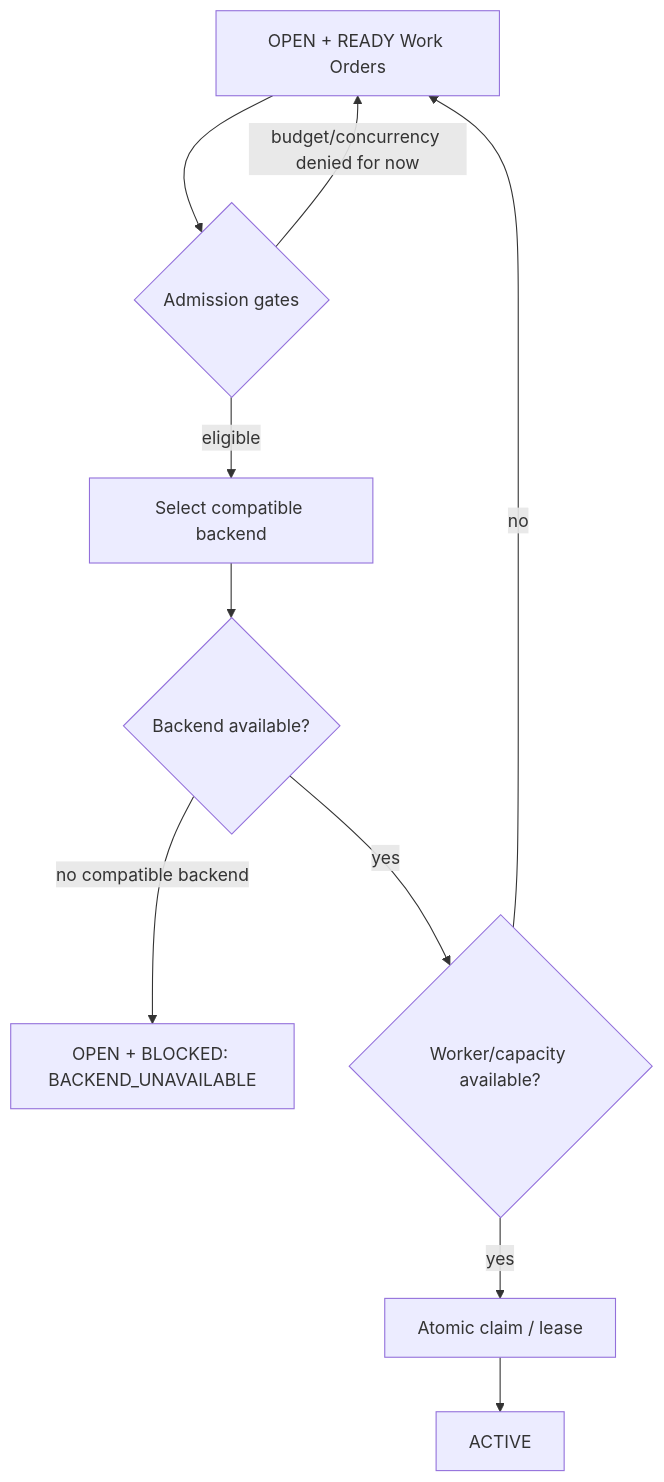
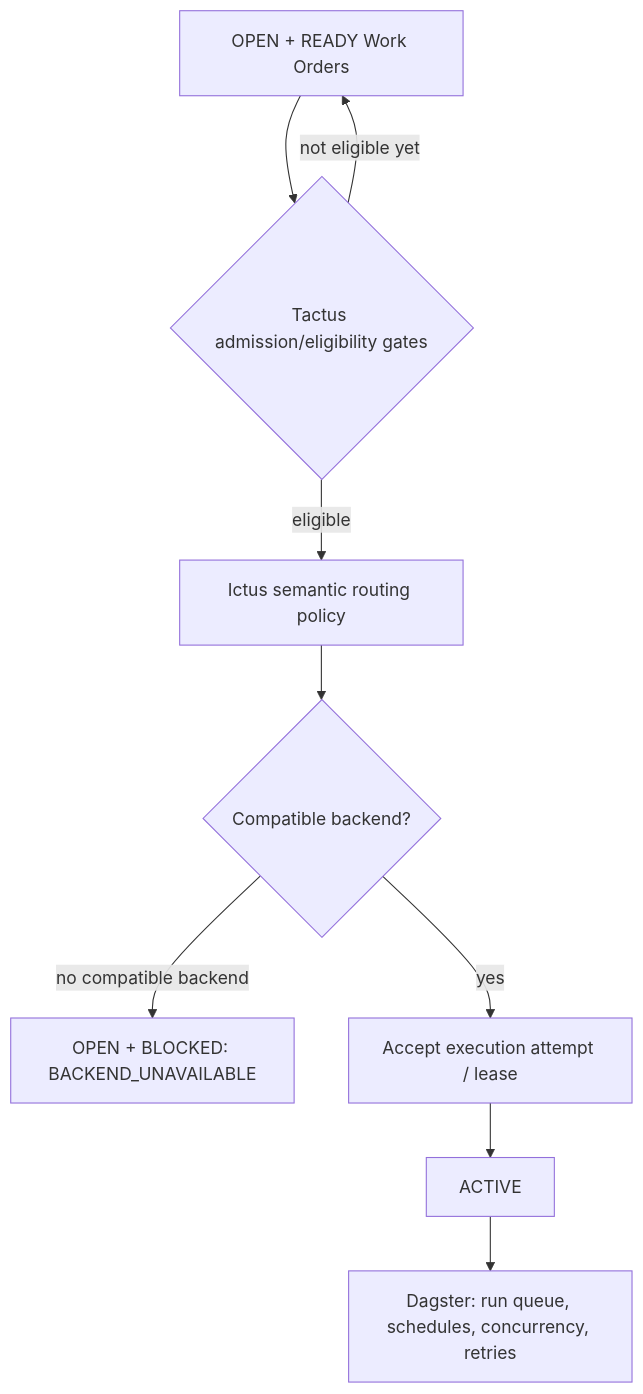
The first of 2 diagrams in docs/architecture/SCHEDULING_AND_BACKENDS.md (Walsamer/tactus), drawn with Mermaid before and after one commit. The commit also changed other lines of this file and 6 other files, not shown here.

Commit message:
Fleet: FIX-001 — Re-freeze Tactus / Ictus / Dagster ownership boundaries (TCT-WO-FIX-001-architecture-ownership-reset)

````diff
--- a/docs/architecture/SCHEDULING_AND_BACKENDS.md
+++ b/docs/architecture/SCHEDULING_AND_BACKENDS.md
@@ -17,12 +76,11 @@
 ```mermaid
 flowchart TD
-    READY[OPEN + READY Work Orders] --> GATES{Admission gates}
-    GATES -->|budget/concurrency denied for now| READY
-    GATES -->|eligible| SELECT[Select compatible backend]
-    SELECT --> BH{Backend available?}
+    READY[OPEN + READY Work Orders] --> GATES{Tactus admission/eligibility gates}
+    GATES -->|not eligible yet| READY
+    GATES -->|eligible| ROUTE[Ictus semantic routing policy]
+    ROUTE --> BH{Compatible backend?}
     BH -->|no compatible backend| BLOCKED[OPEN + BLOCKED: BACKEND_UNAVAILABLE]
-    BH -->|yes| WH{Worker/capacity available?}
-    WH -->|no| READY
-    WH -->|yes| CLAIM[Atomic claim / lease]
+    BH -->|yes| CLAIM[Accept execution attempt / lease]
     CLAIM --> ACTIVE[ACTIVE]
+    ACTIVE --> DAGSTER[Dagster: run queue, schedules, concurrency, retries]
 ```
````
